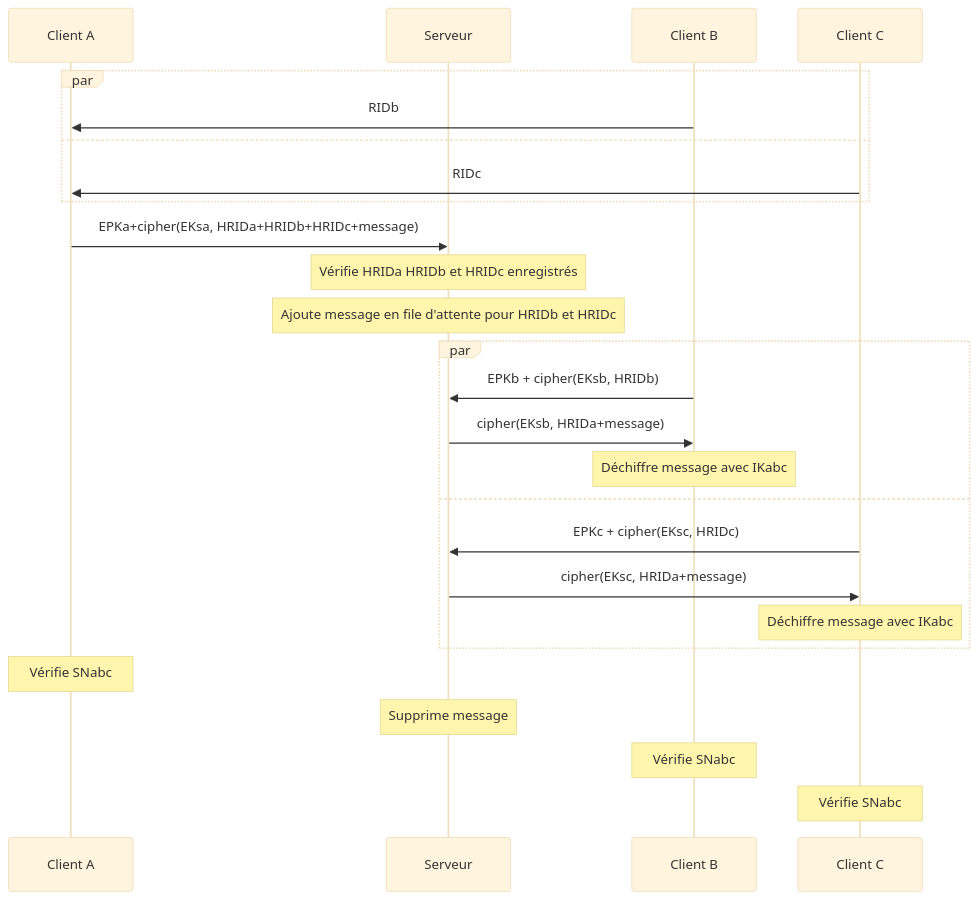
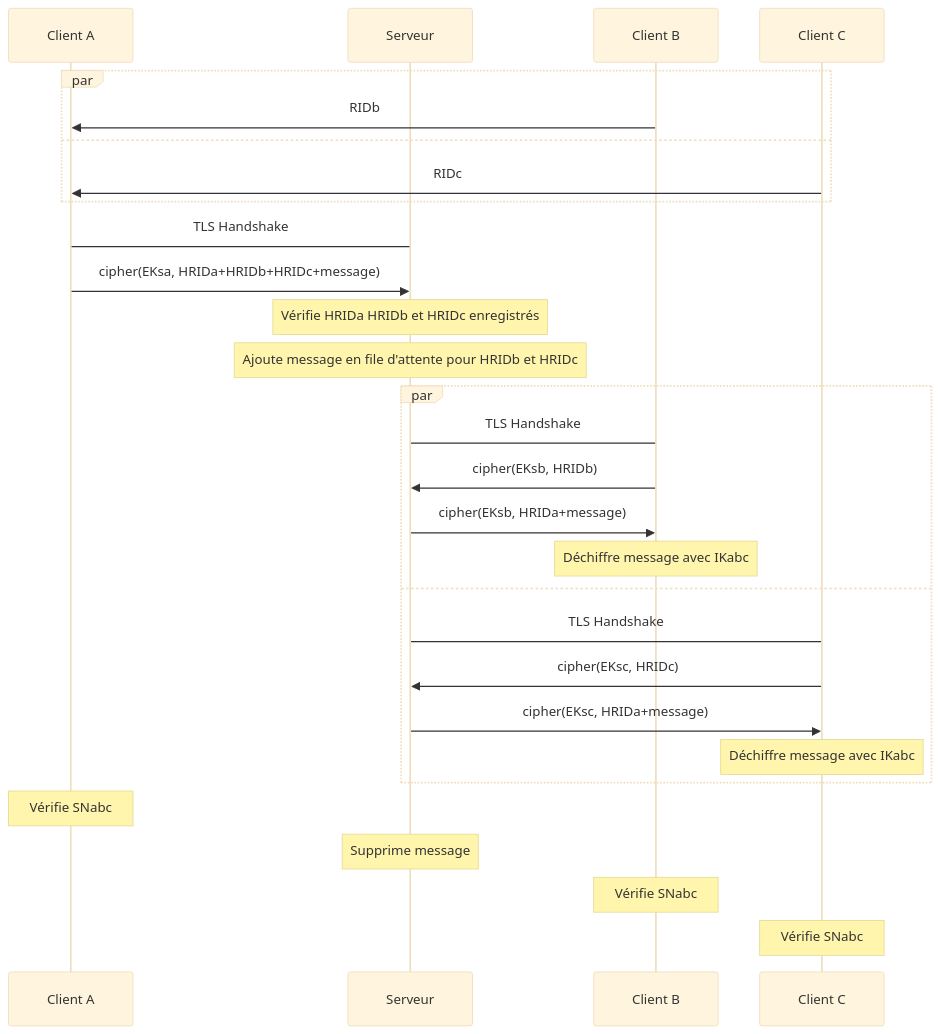
One commit to Relex12/Decentralized-Password-Manager changed the second of 3 diagrams in readme/04-FR-implementation.md. Above: the diagram before and after it, drawn with Mermaid (base theme). The commit also changed other lines of this file and 1 other file, not shown here.

Commit message:
implementations: changes due to TLS usage underneath the protocol

````diff
--- a/readme/04-FR-implementation.md
+++ b/readme/04-FR-implementation.md
@@ -81,28 +71,31 @@
 ```mermaid
 sequenceDiagram
     participant A as Client A
     participant S as Serveur
     participant B as Client B
     participant C as Client C
     par
     B ->> A: RIDb
     and
     C ->> A: RIDc
     end
-    A ->> S: EPKa+cipher(EKsa, HRIDa+HRIDb+HRIDc+message)
+    A -> S: TLS Handshake
+    A ->> S: cipher(EKsa, HRIDa+HRIDb+HRIDc+message)
     Note over S: Vérifie HRIDa HRIDb et HRIDc enregistrés
     Note over S: Ajoute message en file d'attente pour HRIDb et HRIDc
     par
-    B ->> S: EPKb + cipher(EKsb, HRIDb)
+    B -> S: TLS Handshake
+    B ->> S: cipher(EKsb, HRIDb)
     S ->> B: cipher(EKsb, HRIDa+message)
     Note over B: Déchiffre message avec IKabc
     and
-    C ->> S: EPKc + cipher(EKsc, HRIDc)
+    C -> S: TLS Handshake
+    C ->> S: cipher(EKsc, HRIDc)
     S ->> C: cipher(EKsc, HRIDa+message)
     Note over C: Déchiffre message avec IKabc
     end
     Note over A: Vérifie SNabc
     Note over S: Supprime message
     Note over B: Vérifie SNabc
     Note over C: Vérifie SNabc
 ```
````
